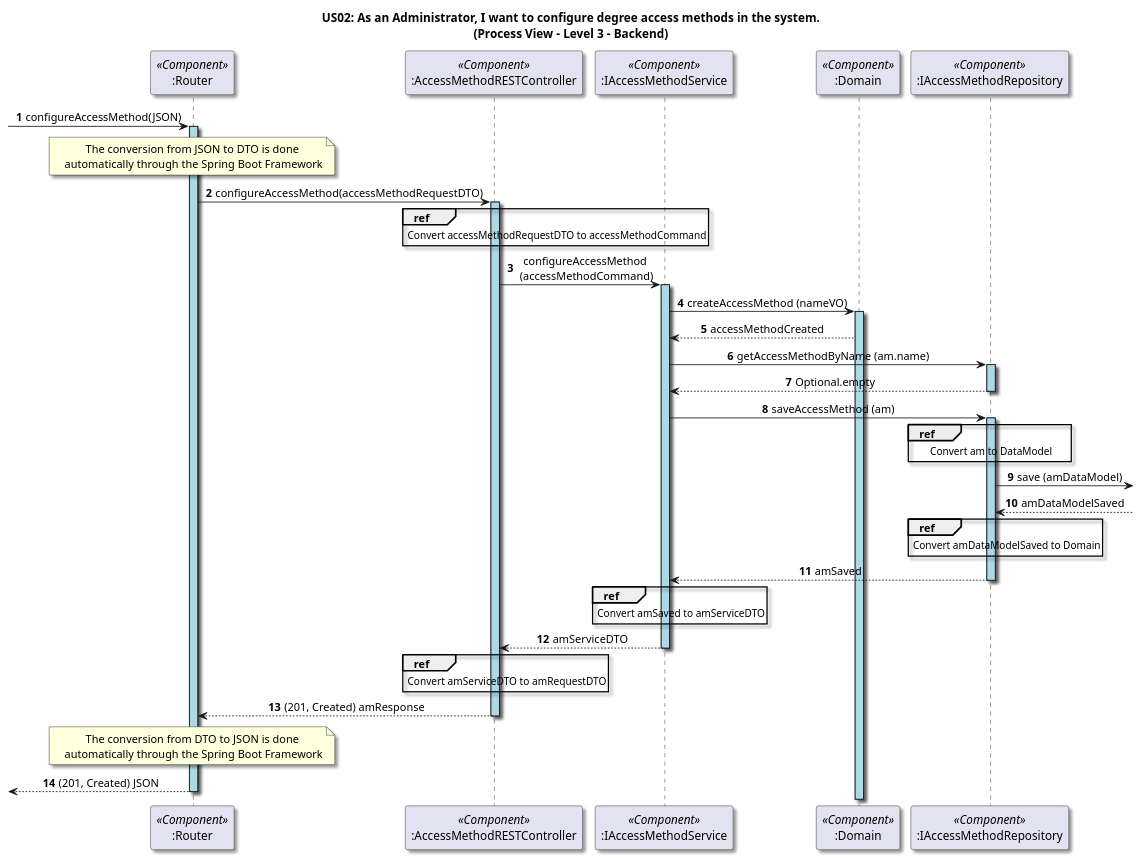
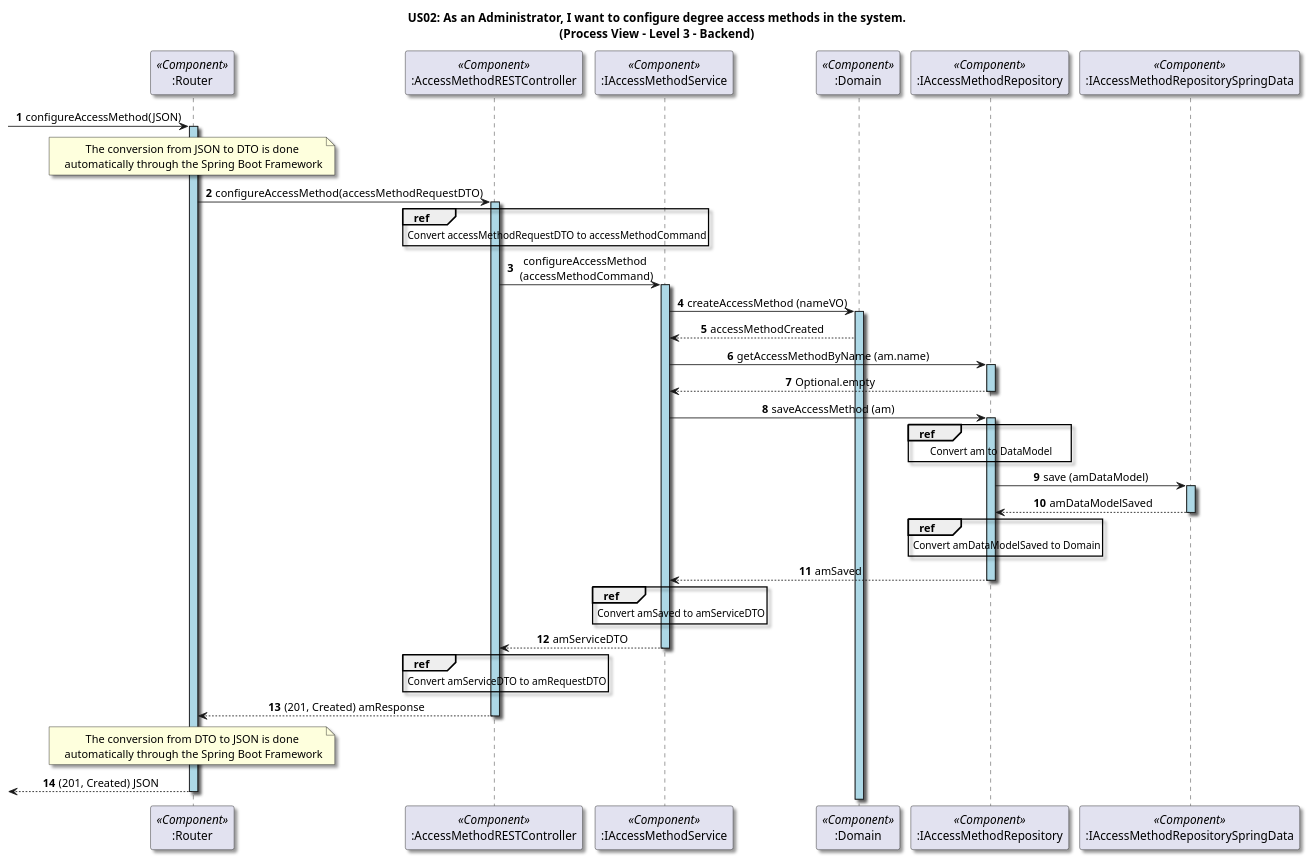
The diagram in docs/US02/Sprint6_RestAPI/ProcessView/Level3.puml (GasparISEP/DevOps-PAI), drawn with PlantUML before and after one commit.

Commit message:
feat(diagrams): remove LogicalView lvl3 diagram (Closes# 592, "538")

```diff
--- a/docs/US02/Sprint6_RestAPI/ProcessView/Level3.puml
+++ b/docs/US02/Sprint6_RestAPI/ProcessView/Level3.puml
@@ -1,84 +1,89 @@
 @startuml
 
 title US02: As an Administrator, I want to configure degree access methods in the system.\n(Process View - Level 3 - Backend)
 
 skinparam defaultTextAlignment center
 skinparam shadowing true
 
 
 autonumber
 
 participant ":Router" as router <<Component>>
 -> router: configureAccessMethod(JSON)
 activate router #LightBlue
 note over router: The conversion from JSON to DTO is done\n automatically through the Spring Boot Framework
 
 participant ":AccessMethodRESTController" as Controller <<Component>>
 router -> Controller: configureAccessMethod(accessMethodRequestDTO)
 activate Controller #LightBlue
 
 ref over Controller
     Convert accessMethodRequestDTO to accessMethodCommand
 end
 
 participant ":IAccessMethodService" as Service <<Component>>
 Controller -> Service: configureAccessMethod\n (accessMethodCommand)
 activate Service #LightBlue
 
 
 participant ":Domain" as Domain <<Component>>
 Service -> Domain: createAccessMethod (nameVO)
 
 activate Domain #LightBlue
 
 Domain --> Service: accessMethodCreated
 
 
 participant ":IAccessMethodRepository" as Repository <<Component>>
 Service -> Repository: getAccessMethodByName (am.name)
 activate Repository #LightBlue 
 Repository --> Service: Optional.empty
 deactivate Repository
 
 Service -> Repository: saveAccessMethod (am)
 activate Repository #LightBlue 
 
 ref over Repository
     Convert am to DataModel
 end
 
 
- Repository -> :  save (amDataModel)
 
-Repository <-- : amDataModelSaved
+
+participant ":IAccessMethodRepositorySpringData" as springDataRepository <<Component>>
+Repository -> springDataRepository: save (amDataModel)
+activate springDataRepository #LightBlue
+springDataRepository --> Repository : amDataModelSaved
+deactivate springDataRepository
+
 
 
 ref over Repository
     Convert amDataModelSaved to Domain
 end
 
 Repository --> Service: amSaved
 deactivate Repository
 
 
 ref over Service
     Convert amSaved to amServiceDTO
 end
 
 Service --> Controller: amServiceDTO
 
 deactivate Service
 
 ref over Controller
     Convert amServiceDTO to amRequestDTO
 end
 
 Controller --> router: (201, Created) amResponse
 deactivate Controller
 
 note over router: The conversion from DTO to JSON is done\n automatically through the Spring Boot Framework
 
 <-- router: (201, Created) JSON
 deactivate router
 
 @enduml
```
